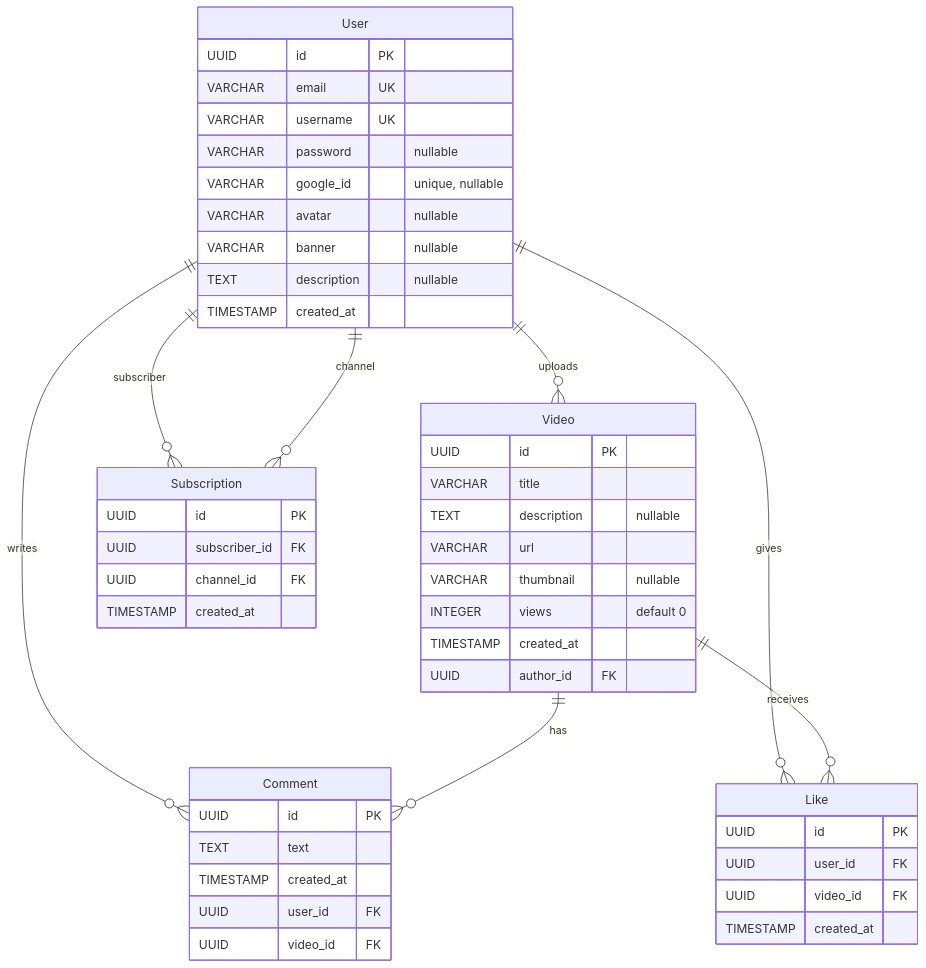
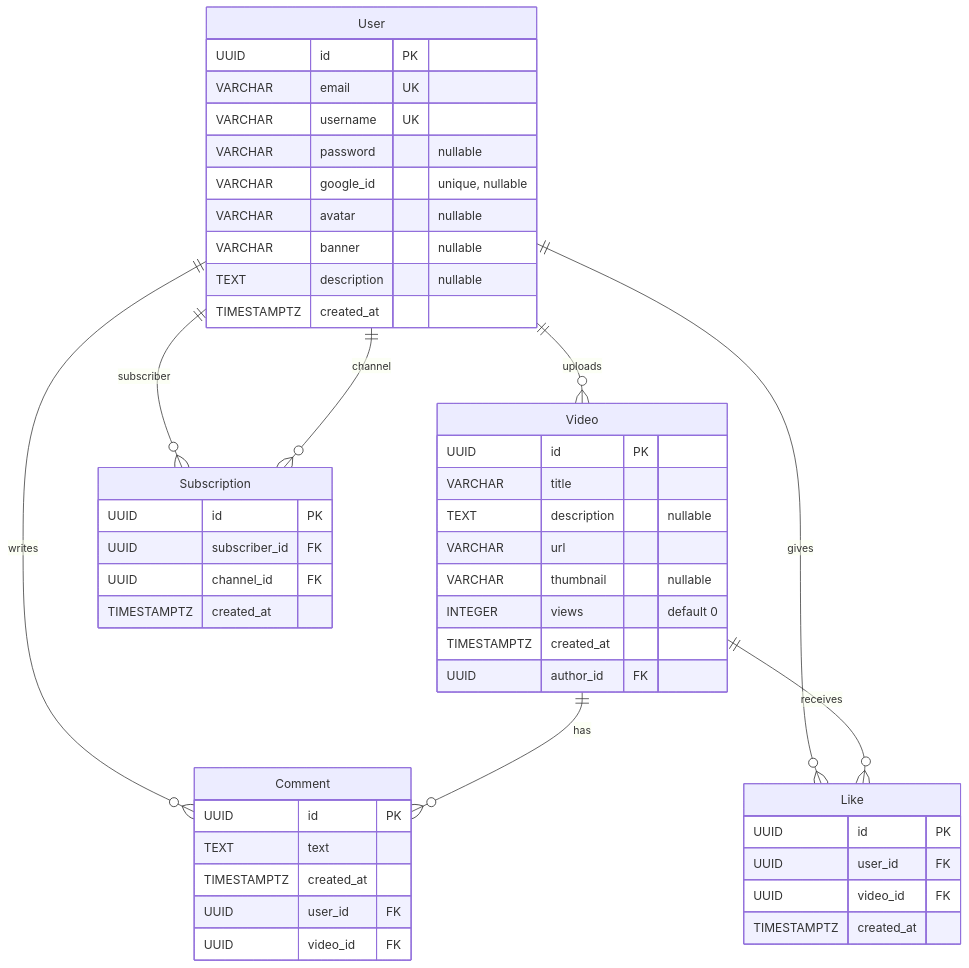
One commit to ezpectus/db-labs changed the diagram in MyWork/Lab_1/er_diagram.mmd. Above: the diagram before and after it, drawn with Mermaid. The commit also changed 6 other files, not shown here.

Commit message:
lab1,lab2: timestamptz for created_at

```diff
--- a/MyWork/Lab_1/er_diagram.mmd
+++ b/MyWork/Lab_1/er_diagram.mmd
@@ -1,53 +1,53 @@
 erDiagram
     User ||--o{ Video : "uploads"
     User ||--o{ Comment : "writes"
     Video ||--o{ Comment : "has"
     User ||--o{ Like : "gives"
     Video ||--o{ Like : "receives"
     User ||--o{ Subscription : "subscriber"
     User ||--o{ Subscription : "channel"
 
     User {
         UUID id PK
         VARCHAR email UK
         VARCHAR username UK
         VARCHAR password "nullable"
         VARCHAR google_id "unique, nullable"
         VARCHAR avatar "nullable"
         VARCHAR banner "nullable"
         TEXT description "nullable"
-        TIMESTAMP created_at
+        TIMESTAMPTZ created_at
     }
 
     Video {
         UUID id PK
         VARCHAR title
         TEXT description "nullable"
         VARCHAR url
         VARCHAR thumbnail "nullable"
         INTEGER views "default 0"
-        TIMESTAMP created_at
+        TIMESTAMPTZ created_at
         UUID author_id FK
     }
 
     Comment {
         UUID id PK
         TEXT text
-        TIMESTAMP created_at
+        TIMESTAMPTZ created_at
         UUID user_id FK
         UUID video_id FK
     }
 
     Like {
         UUID id PK
         UUID user_id FK
         UUID video_id FK
-        TIMESTAMP created_at
+        TIMESTAMPTZ created_at
     }
 
     Subscription {
         UUID id PK
         UUID subscriber_id FK
         UUID channel_id FK
-        TIMESTAMP created_at
+        TIMESTAMPTZ created_at
     }
```
